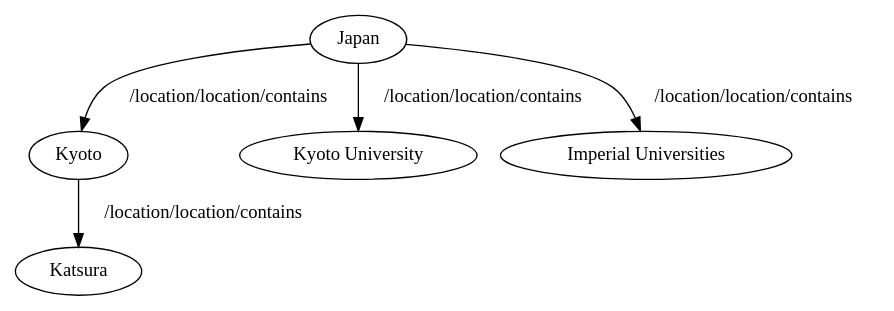
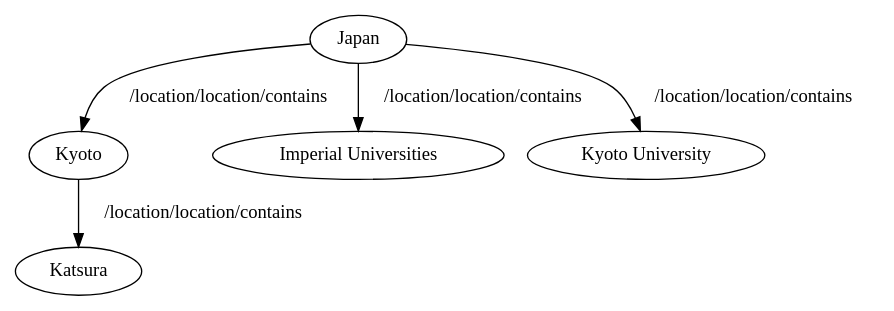
One commit to N-Shimoda/KG-MCQA changed the diagram in param-search/graphs/unirel/sent/Kyoto University.dot. Above: the diagram before and after it, drawn with Graphviz. The commit also changed other lines of this file and 9 other files, not shown here.

```diff
--- a/param-search/graphs/unirel/sent/Kyoto University.dot
+++ b/param-search/graphs/unirel/sent/Kyoto University.dot
@@ -1,14 +1,14 @@
 digraph RDFGraph {
 	// Nodes
+	"Japan";
 	"Kyoto";
-	"Japan";
+	"Imperial Universities";
 	"Kyoto University";
 	"Katsura";
-	"Imperial Universities";
 
 	// Edges
 	"Japan" -> "Kyoto" [label="/location/location/contains"];
 	"Japan" -> "Imperial Universities" [label="/location/location/contains"];
 	"Kyoto" -> "Katsura" [label="/location/location/contains"];
 	"Japan" -> "Kyoto University" [label="/location/location/contains"];
 }
```
